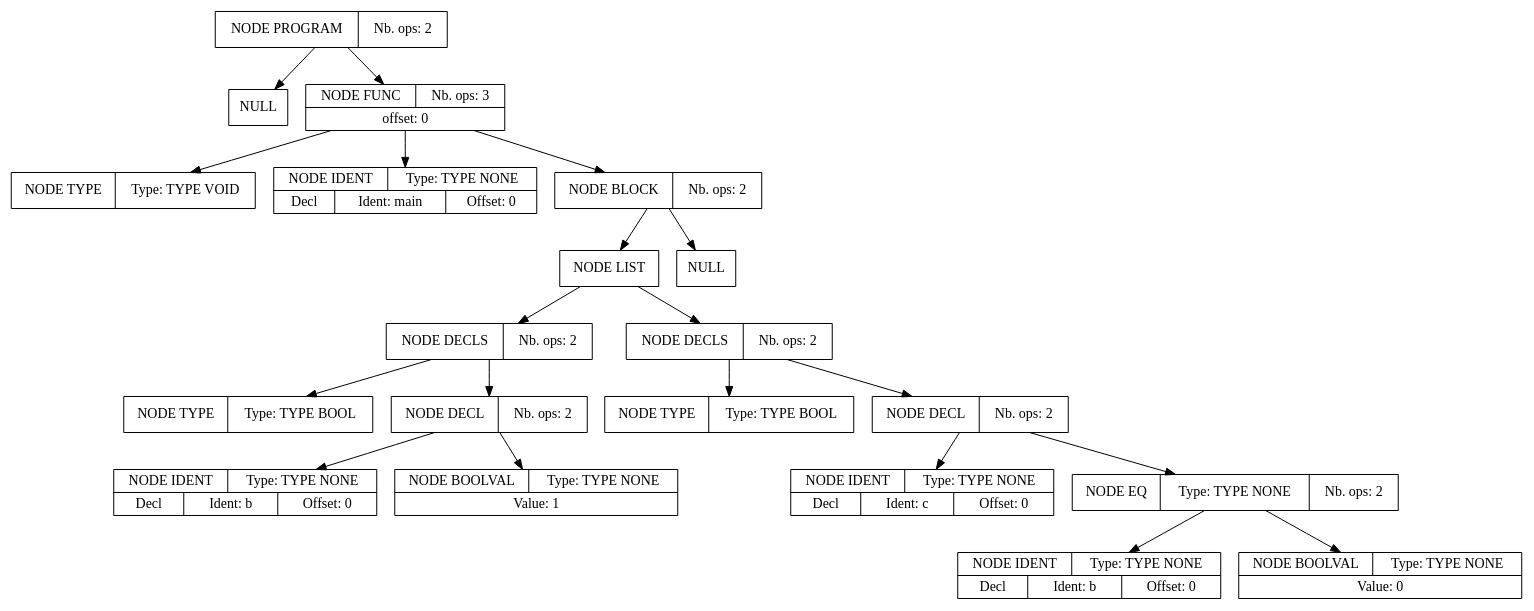
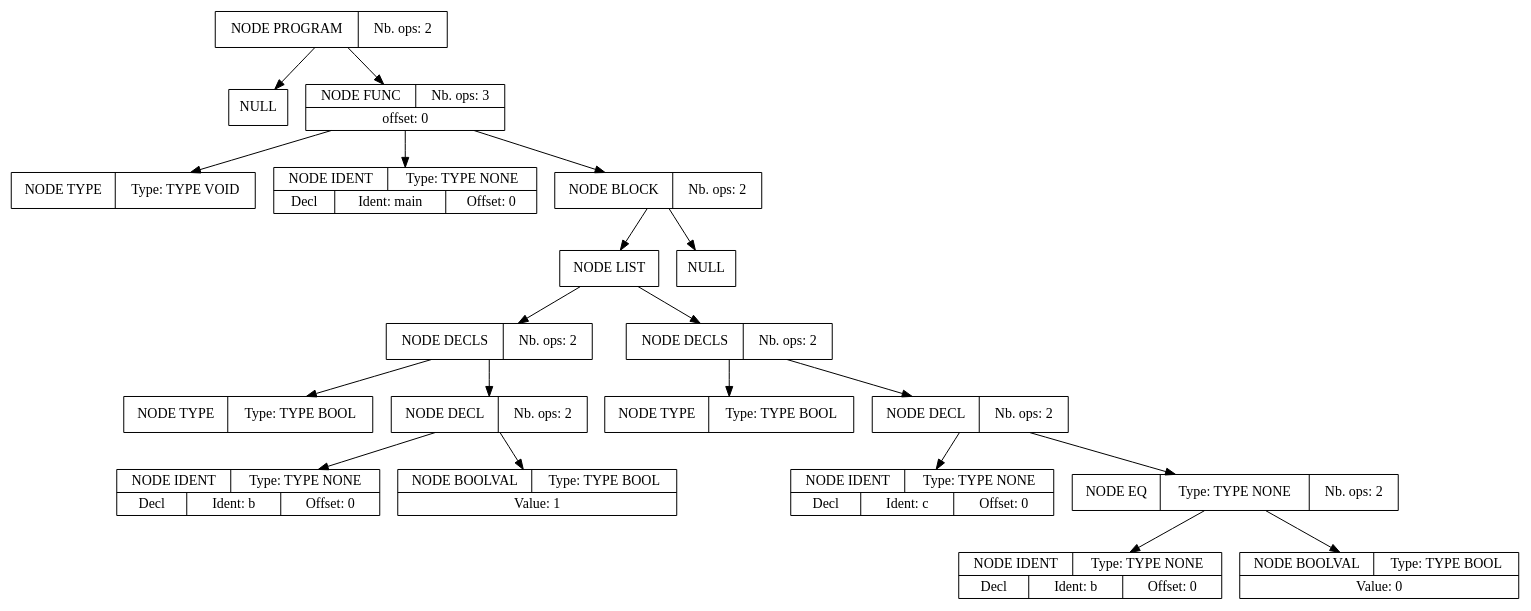
Before and after one commit to Youssefch05/Projet_compilation: the diagram in apres_syntaxe.dot, drawn with Graphviz. The commit also changed 212 other files, not shown here.

```diff
--- a/apres_syntaxe.dot
+++ b/apres_syntaxe.dot
@@ -1,60 +1,60 @@
 digraph global_vars {
     N1 [shape=record, label="{{NODE PROGRAM|Nb. ops: 2}}"];
     N2 [shape=record, label="{{NULL}}"];
     edge[tailclip=true];
     N1 -> N2
     N3 [shape=record, label="{{NODE FUNC|Nb. ops: 3}|{offset: 0}}"];
     N4 [shape=record, label="{{NODE TYPE|Type: TYPE VOID}}"];
     edge[tailclip=true];
     N3 -> N4
     N5 [shape=record, label="{{NODE IDENT|Type: TYPE NONE}|{<decl>Decl      |Ident: main|Offset: 0}}"];
     edge[tailclip=true];
     N3 -> N5
     N6 [shape=record, label="{{NODE BLOCK|Nb. ops: 2}}"];
     N7 [shape=record, label="{{NODE LIST}}"];
     N8 [shape=record, label="{{NODE DECLS|Nb. ops: 2}}"];
     N9 [shape=record, label="{{NODE TYPE|Type: TYPE BOOL}}"];
     edge[tailclip=true];
     N8 -> N9
     N10 [shape=record, label="{{NODE DECL|Nb. ops: 2}}"];
     N11 [shape=record, label="{{NODE IDENT|Type: TYPE NONE}|{<decl>Decl      |Ident: b|Offset: 0}}"];
     edge[tailclip=true];
     N10 -> N11
-    N12 [shape=record, label="{{NODE BOOLVAL|Type: TYPE NONE}|{Value: 1}}"];
+    N12 [shape=record, label="{{NODE BOOLVAL|Type: TYPE BOOL}|{Value: 1}}"];
     edge[tailclip=true];
     N10 -> N12
     edge[tailclip=true];
     N8 -> N10
     edge[tailclip=true];
     N7 -> N8
     N13 [shape=record, label="{{NODE DECLS|Nb. ops: 2}}"];
     N14 [shape=record, label="{{NODE TYPE|Type: TYPE BOOL}}"];
     edge[tailclip=true];
     N13 -> N14
     N15 [shape=record, label="{{NODE DECL|Nb. ops: 2}}"];
     N16 [shape=record, label="{{NODE IDENT|Type: TYPE NONE}|{<decl>Decl      |Ident: c|Offset: 0}}"];
     edge[tailclip=true];
     N15 -> N16
     N17 [shape=record, label="{{NODE EQ|Type: TYPE NONE|Nb. ops: 2}}"];
     N18 [shape=record, label="{{NODE IDENT|Type: TYPE NONE}|{<decl>Decl      |Ident: b|Offset: 0}}"];
     edge[tailclip=true];
     N17 -> N18
-    N19 [shape=record, label="{{NODE BOOLVAL|Type: TYPE NONE}|{Value: 0}}"];
+    N19 [shape=record, label="{{NODE BOOLVAL|Type: TYPE BOOL}|{Value: 0}}"];
     edge[tailclip=true];
     N17 -> N19
     edge[tailclip=true];
     N15 -> N17
     edge[tailclip=true];
     N13 -> N15
     edge[tailclip=true];
     N7 -> N13
     edge[tailclip=true];
     N6 -> N7
     N20 [shape=record, label="{{NULL}}"];
     edge[tailclip=true];
     N6 -> N20
     edge[tailclip=true];
     N3 -> N6
     edge[tailclip=true];
     N1 -> N3
 }
```
